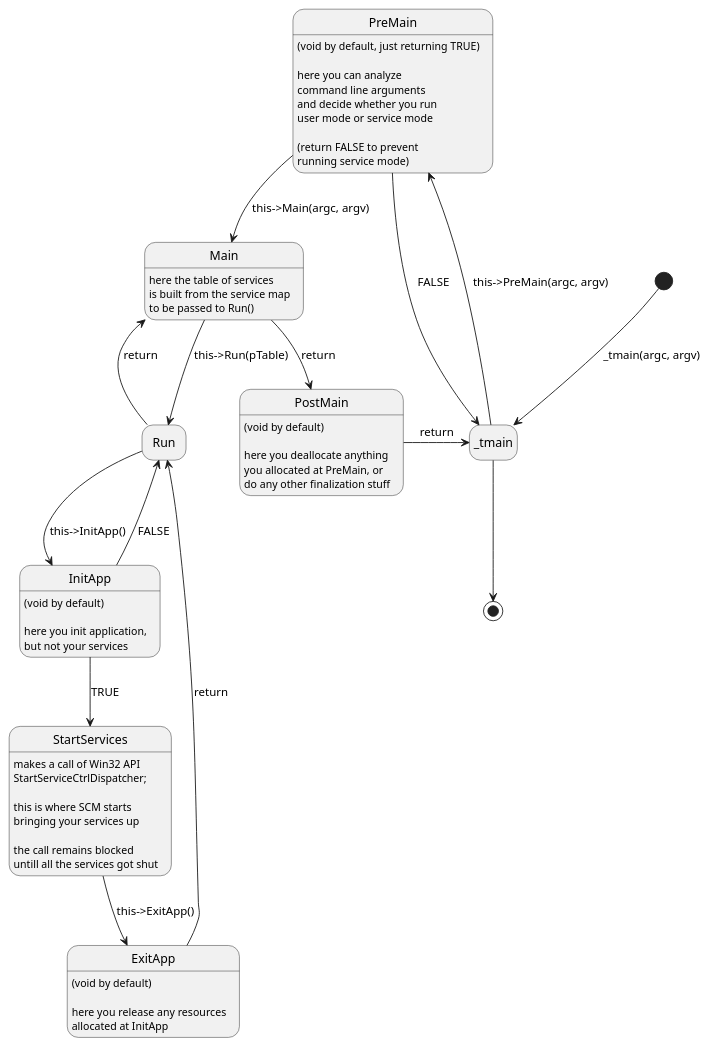
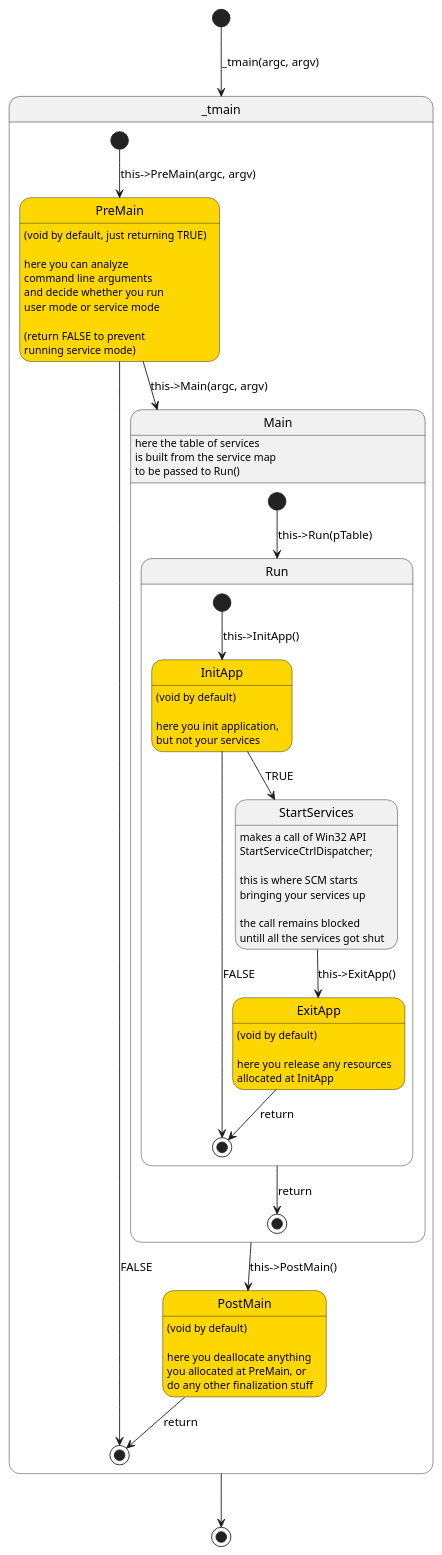
The diagram in doc/diagrams/appLifeCycle.puml (ivartanov/sfl2), drawn with PlantUML before and after one commit. The commit also changed 4 other files, not shown here.

Commit message:
[doc] improve diagram layouts

```diff
--- a/doc/diagrams/appLifeCycle.puml
+++ b/doc/diagrams/appLifeCycle.puml
@@ -1,51 +1,70 @@
 @startuml ../images/appLifeCycle
 
 hide empty description
 [*] --> _tmain : _tmain(argc, argv)
-_tmain --> PreMain : this->PreMain(argc, argv)
-PreMain -> _tmain : FALSE
-PreMain : (void by default, just returning TRUE)\n
-PreMain : here you can analyze
-PreMain : command line arguments
-PreMain : and decide whether you run
-PreMain : user mode or service mode\n
-PreMain : (return FALSE to prevent
-PreMain : running service mode)
-PreMain --> Main : this->Main(argc, argv)
 
-Main --> Run : this->Run(pTable)
-Main : here the table of services
-Main : is built from the service map 
-Main : to be passed to Run()
+state _tmain {
 
-Run -> InitApp : this->InitApp()
-InitApp : (void by default)\n
-InitApp : here you init application,
-InitApp : but not your services
+  [*] --> PreMain : this->PreMain(argc, argv)
+  PreMain -> [*] : FALSE
+  state PreMain #gold
+  PreMain : (void by default, just returning TRUE)\n
+  PreMain : here you can analyze
+  PreMain : command line arguments
+  PreMain : and decide whether you run
+  PreMain : user mode or service mode\n
+  PreMain : (return FALSE to prevent
+  PreMain : running service mode)
+  PreMain --> Main : this->Main(argc, argv)
 
-InitApp --> Run : FALSE
-InitApp --> StartServices : TRUE
-StartServices : makes a call of Win32 API
-StartServices : StartServiceCtrlDispatcher;\n
-StartServices : this is where SCM starts
-StartServices : bringing your services up\n
-StartServices : the call remains blocked
-StartServices : untill all the services got shut
+  state Main {
 
-StartServices --> ExitApp : this->ExitApp()
-ExitApp : (void by default)\n
-ExitApp : here you release any resources
-ExitApp : allocated at InitApp
-ExitApp -> Run : return
-Run -> Main : return
-Main --> PostMain : return
+    [*] --> Run : this->Run(pTable)
 
-PostMain -> _tmain : return
-PostMain : (void by default)\n
-PostMain : here you deallocate anything
-PostMain : you allocated at PreMain, or
-PostMain : do any other finalization stuff
+    state Run {
+
+      [*] --> InitApp : this->InitApp()
+      InitApp : (void by default)\n
+      InitApp : here you init application,
+      InitApp : but not your services
+
+      InitApp --> [*] : FALSE
+      state InitApp #gold
+      InitApp --> StartServices : TRUE
+      StartServices : makes a call of Win32 API
+      StartServices : StartServiceCtrlDispatcher;\n
+      StartServices : this is where SCM starts
+      StartServices : bringing your services up\n
+      StartServices : the call remains blocked
+      StartServices : untill all the services got shut
+
+      StartServices --> ExitApp : this->ExitApp()
+      state ExitApp #gold
+      ExitApp : (void by default)\n
+      ExitApp : here you release any resources
+      ExitApp : allocated at InitApp
+
+      ExitApp --> [*] : return
+  }
+
+  Run --> [*] : return
+  Main : here the table of services
+  Main : is built from the service map
+  Main : to be passed to Run()
+
+  }
+
+  Main --> PostMain : this->PostMain()
+
+  PostMain --> [*] : return
+  state PostMain #gold
+  PostMain : (void by default)\n
+  PostMain : here you deallocate anything
+  PostMain : you allocated at PreMain, or
+  PostMain : do any other finalization stuff
+
+}
 
 _tmain --> [*]
 
 @enduml
```
